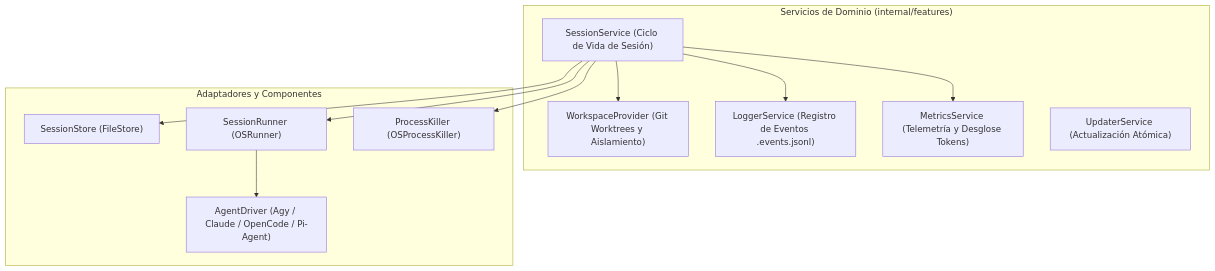
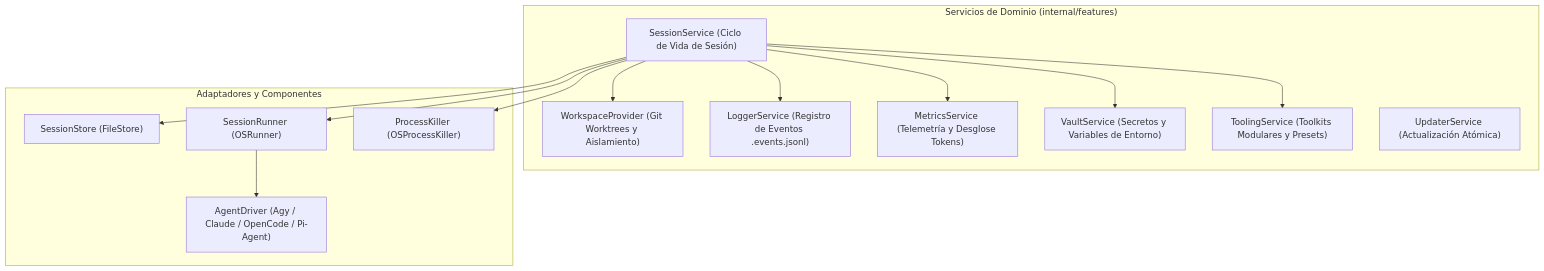
One commit to GountzJs/gountz-ia changed the first of 3 diagrams in docs/architecture/contracts.md. Above: the diagram before and after it, drawn with Mermaid. The commit also changed other lines of this file and 8 other files, not shown here.

````diff
--- a/docs/architecture/contracts.md
+++ b/docs/architecture/contracts.md
@@ -9,25 +9,29 @@
 ```mermaid
 flowchart TD
     subgraph Core ["Servicios de Dominio (internal/features)"]
         SS["SessionService (Ciclo de Vida de Sesión)"]
         WS["WorkspaceProvider (Git Worktrees y Aislamiento)"]
         LS["LoggerService (Registro de Eventos .events.jsonl)"]
         MS["MetricsService (Telemetría y Desglose Tokens)"]
+        VS["VaultService (Secretos y Variables de Entorno)"]
+        TS["ToolingService (Toolkits Modulares y Presets)"]
         US["UpdaterService (Actualización Atómica)"]
     end
 
     subgraph Adapters ["Adaptadores y Componentes"]
         Store["SessionStore (FileStore)"]
         Runner["SessionRunner (OSRunner)"]
         Killer["ProcessKiller (OSProcessKiller)"]
         Driver["AgentDriver (Agy / Claude / OpenCode / Pi-Agent)"]
     end
 
     SS --> Store
     SS --> Runner
     SS --> Killer
     SS --> WS
     SS --> LS
     SS --> MS
+    SS --> VS
+    SS --> TS
     Runner --> Driver
 ```
````
